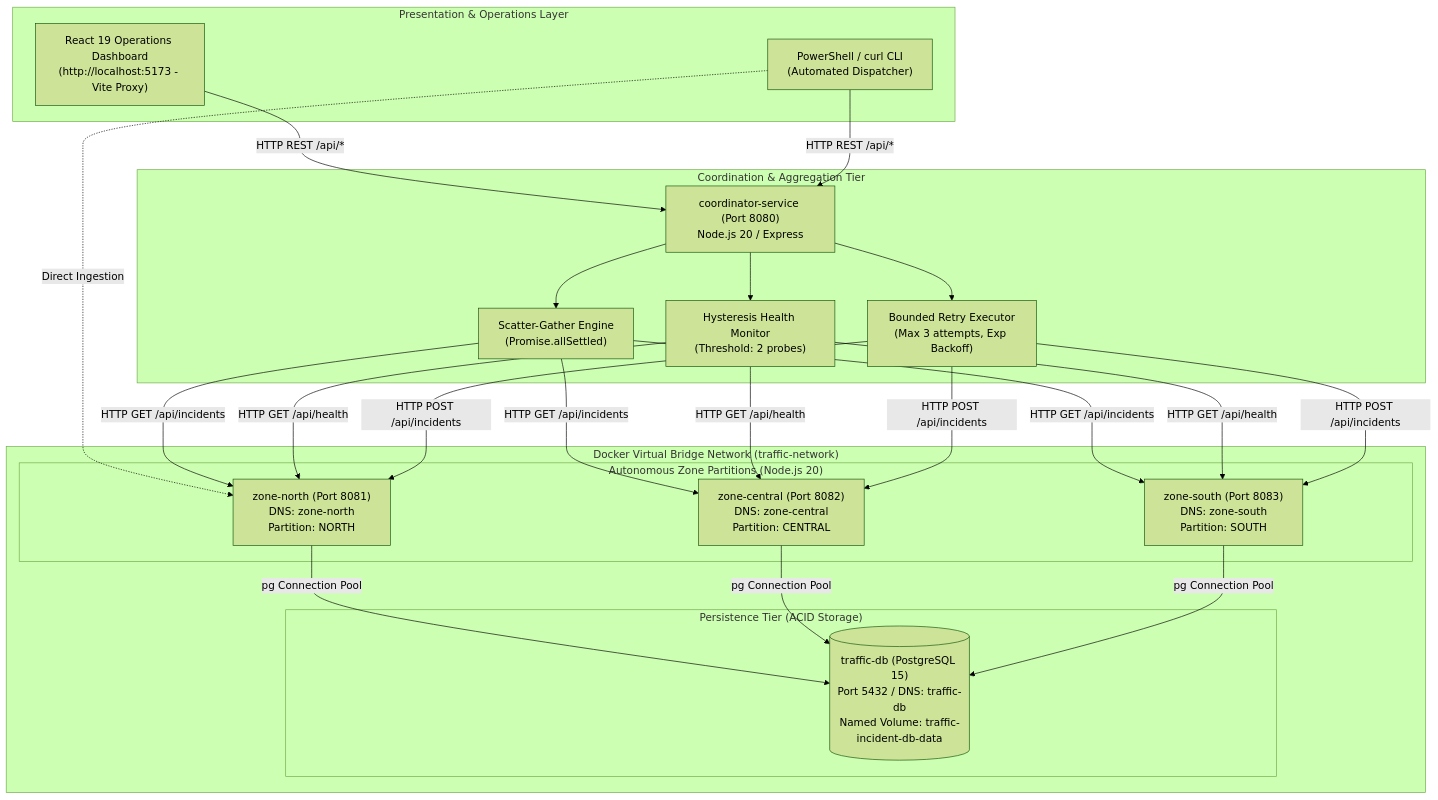
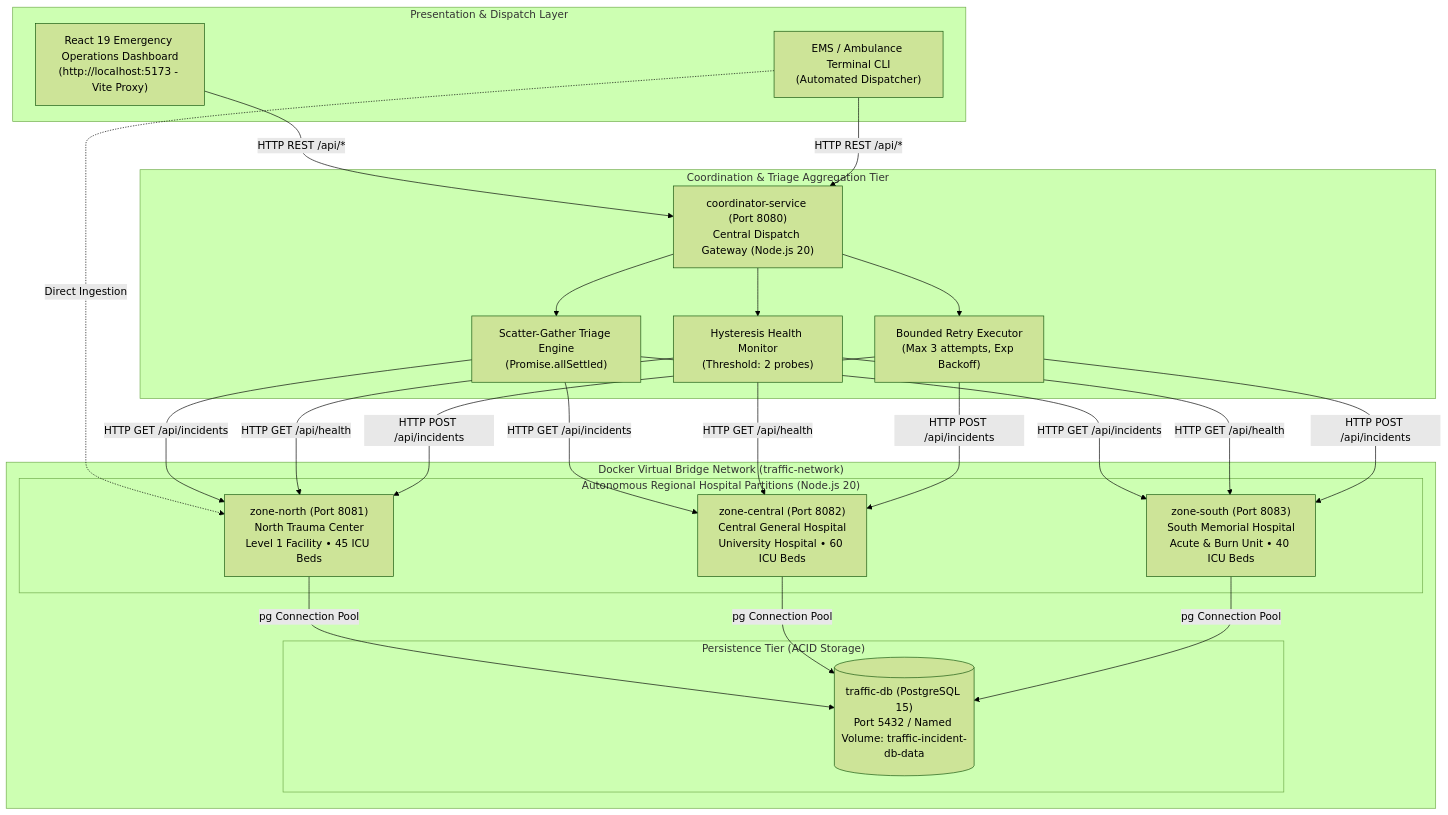
The first of 2 diagrams in README.md (abishek2429/cloud_package), drawn with Mermaid (forest theme) before and after one commit. The commit also changed other lines of this file and 14 other files, not shown here.

Commit message:
feat: add frontend components, coordinator service, and backend services for cloud-based dashboard

````diff
--- a/README.md
+++ b/README.md
@@ -31,49 +31,49 @@
 ```mermaid
 flowchart TD
-    subgraph Presentation["Presentation & Operations Layer"]
-        Dashboard["React 19 Operations Dashboard<br/>(http://localhost:5173 - Vite Proxy)"]
-        CLI["PowerShell / curl CLI<br/>(Automated Dispatcher)"]
+    subgraph Presentation["Presentation & Dispatch Layer"]
+        Dashboard["React 19 Emergency Operations Dashboard<br/>(http://localhost:5173 - Vite Proxy)"]
+        EMS["EMS / Ambulance Terminal CLI<br/>(Automated Dispatcher)"]
     end
 
-    subgraph CoordinatorTier["Coordination & Aggregation Tier"]
-        Coord["coordinator-service (Port 8080)<br/>Node.js 20 / Express"]
-        ScatterGather["Scatter-Gather Engine<br/>(Promise.allSettled)"]
+    subgraph CoordinatorTier["Coordination & Triage Aggregation Tier"]
+        Coord["coordinator-service (Port 8080)<br/>Central Dispatch Gateway (Node.js 20)"]
+        ScatterGather["Scatter-Gather Triage Engine<br/>(Promise.allSettled)"]
         Hysteresis["Hysteresis Health Monitor<br/>(Threshold: 2 probes)"]
         RetryEngine["Bounded Retry Executor<br/>(Max 3 attempts, Exp Backoff)"]
         Coord --> ScatterGather
         Coord --> Hysteresis
         Coord --> RetryEngine
     end
 
     subgraph VirtualNetwork["Docker Virtual Bridge Network (traffic-network)"]
-        subgraph PartitionTier["Autonomous Zone Partitions (Node.js 20)"]
-            ZN["zone-north (Port 8081)<br/>DNS: zone-north<br/>Partition: NORTH"]
-            ZC["zone-central (Port 8082)<br/>DNS: zone-central<br/>Partition: CENTRAL"]
-            ZS["zone-south (Port 8083)<br/>DNS: zone-south<br/>Partition: SOUTH"]
-        end
-
-        subgraph StorageTier["Persistence Tier (ACID Storage)"]
-            DB[("traffic-db (PostgreSQL 15)<br/>Port 5432 / DNS: traffic-db<br/>Named Volume: traffic-incident-db-data")]
-        end
+        subgraph PartitionTier["Autonomous Regional Hospital Partitions (Node.js 20)"]
+        ZN["zone-north (Port 8081)<br/>North Trauma Center<br/>Level 1 Facility • 45 ICU Beds"]
+        ZC["zone-central (Port 8082)<br/>Central General Hospital<br/>University Hospital • 60 ICU Beds"]
+        ZS["zone-south (Port 8083)<br/>South Memorial Hospital<br/>Acute & Burn Unit • 40 ICU Beds"]
     end
 
-    Dashboard -->|HTTP REST /api/*| Coord
-    CLI -->|HTTP REST /api/*| Coord
-    CLI -.->|Direct Ingestion| ZN
+    subgraph StorageTier["Persistence Tier (ACID Storage)"]
+        DB[("traffic-db (PostgreSQL 15)<br/>Port 5432 / Named Volume: traffic-incident-db-data")]
+    end
+end
 
-    ScatterGather -->|HTTP GET /api/incidents| ZN
-    ScatterGather -->|HTTP GET /api/incidents| ZC
-    ScatterGather -->|HTTP GET /api/incidents| ZS
+Dashboard -->|HTTP REST /api/*| Coord
+EMS -->|HTTP REST /api/*| Coord
+EMS -.->|Direct Ingestion| ZN
 
-    Hysteresis -->|HTTP GET /api/health| ZN
-    Hysteresis -->|HTTP GET /api/health| ZC
-    Hysteresis -->|HTTP GET /api/health| ZS
+ScatterGather -->|HTTP GET /api/incidents| ZN
+ScatterGather -->|HTTP GET /api/incidents| ZC
+ScatterGather -->|HTTP GET /api/incidents| ZS
 
-    RetryEngine -->|HTTP POST /api/incidents| ZN
-    RetryEngine -->|HTTP POST /api/incidents| ZC
-    RetryEngine -->|HTTP POST /api/incidents| ZS
+Hysteresis -->|HTTP GET /api/health| ZN
+Hysteresis -->|HTTP GET /api/health| ZC
+Hysteresis -->|HTTP GET /api/health| ZS
 
-    ZN -->|pg Connection Pool| DB
-    ZC -->|pg Connection Pool| DB
-    ZS -->|pg Connection Pool| DB
+RetryEngine -->|HTTP POST /api/incidents| ZN
+RetryEngine -->|HTTP POST /api/incidents| ZC
+RetryEngine -->|HTTP POST /api/incidents| ZS
+
+ZN -->|pg Connection Pool| DB
+ZC -->|pg Connection Pool| DB
+ZS -->|pg Connection Pool| DB
 ```
````
